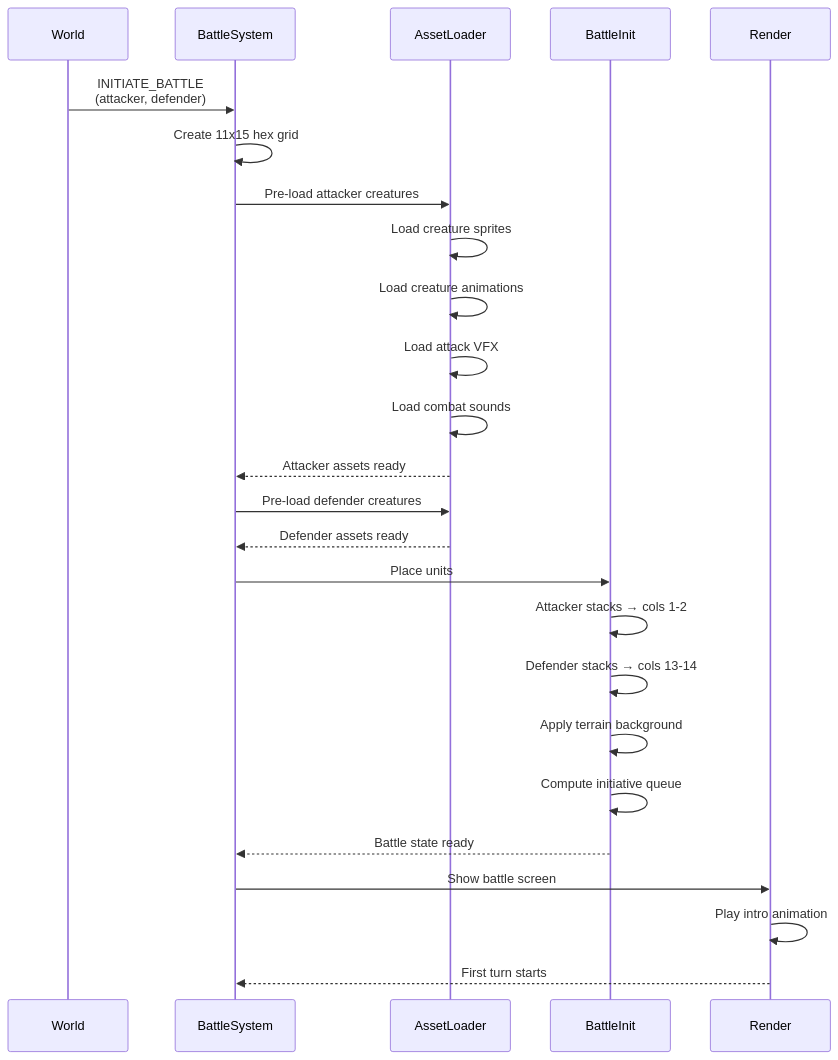
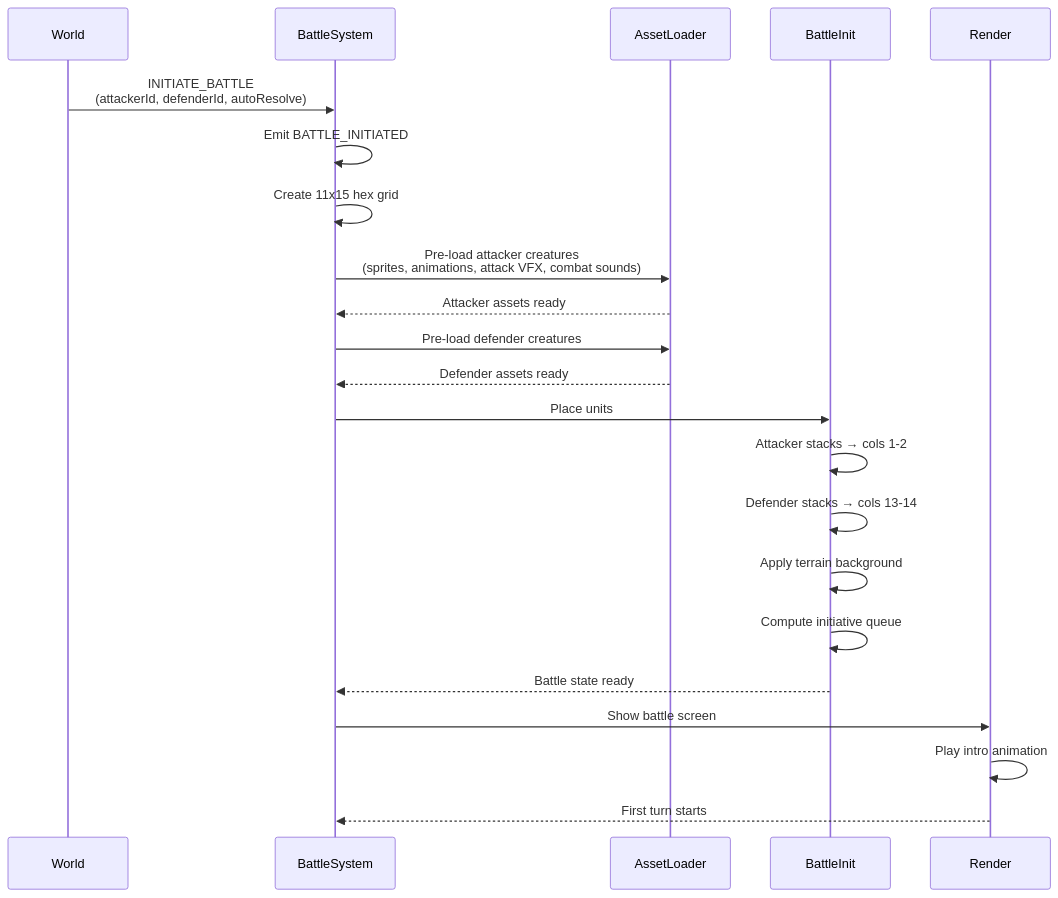
Before and after one commit to SunaNoOshiro/Heroes_Reforged_AI_Realms: the diagram in docs/architecture/diagrams/09-battle-init.md, drawn with Mermaid. The commit also changed other lines of this file and 518 other files, not shown here.

First line of the commit message:
Add doc-audit skill and sweep architecture/screen docs

````diff
--- a/docs/architecture/diagrams/09-battle-init.md
+++ b/docs/architecture/diagrams/09-battle-init.md
@@ -10,28 +36,25 @@
 ```mermaid
 sequenceDiagram
     participant World
     participant Battle as BattleSystem
     participant Asset as AssetLoader
     participant Init as BattleInit
     participant Render
 
-    World->>Battle: INITIATE_BATTLE<br/>(attacker, defender)
+    World->>Battle: INITIATE_BATTLE<br/>(attackerId, defenderId, autoResolve)
+    Battle->>Battle: Emit BATTLE_INITIATED
     Battle->>Battle: Create 11x15 hex grid
-    Battle->>Asset: Pre-load attacker creatures
-    Asset->>Asset: Load creature sprites
-    Asset->>Asset: Load creature animations
-    Asset->>Asset: Load attack VFX
-    Asset->>Asset: Load combat sounds
+    Battle->>Asset: Pre-load attacker creatures<br/>(sprites, animations, attack VFX, combat sounds)
     Asset-->>Battle: Attacker assets ready
     Battle->>Asset: Pre-load defender creatures
     Asset-->>Battle: Defender assets ready
     Battle->>Init: Place units
     Init->>Init: Attacker stacks → cols 1-2
     Init->>Init: Defender stacks → cols 13-14
     Init->>Init: Apply terrain background
     Init->>Init: Compute initiative queue
     Init-->>Battle: Battle state ready
     Battle->>Render: Show battle screen
     Render->>Render: Play intro animation
     Render-->>Battle: First turn starts
 ```
````
